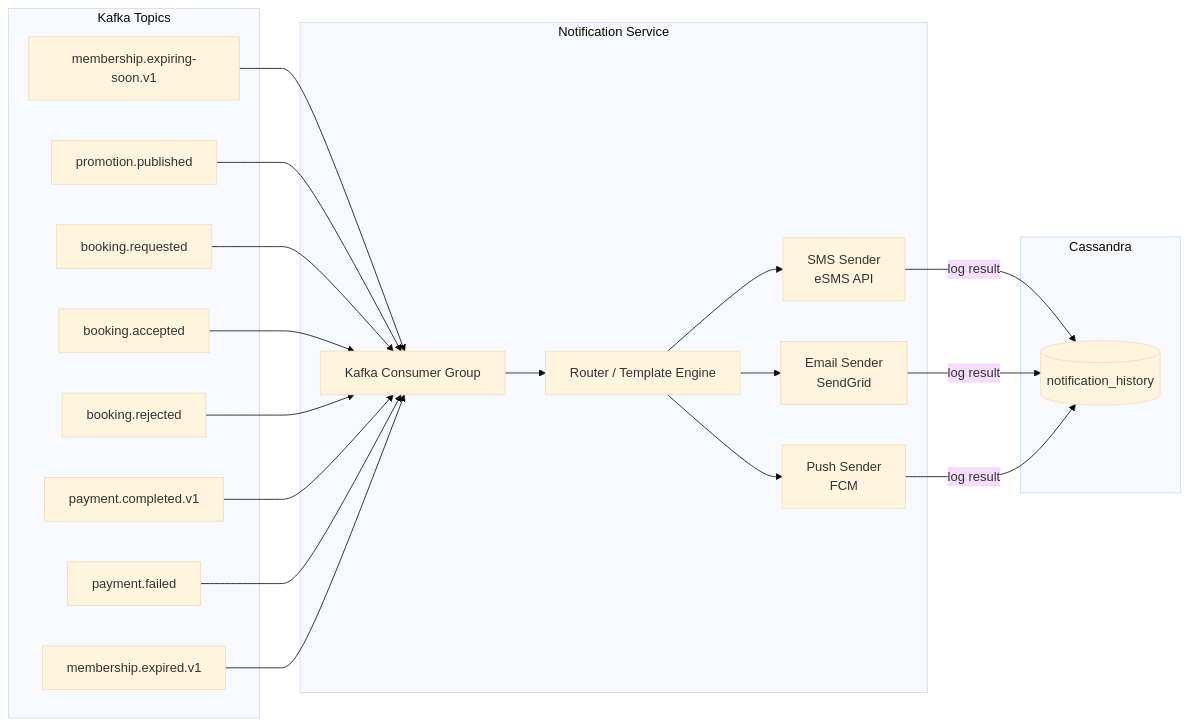
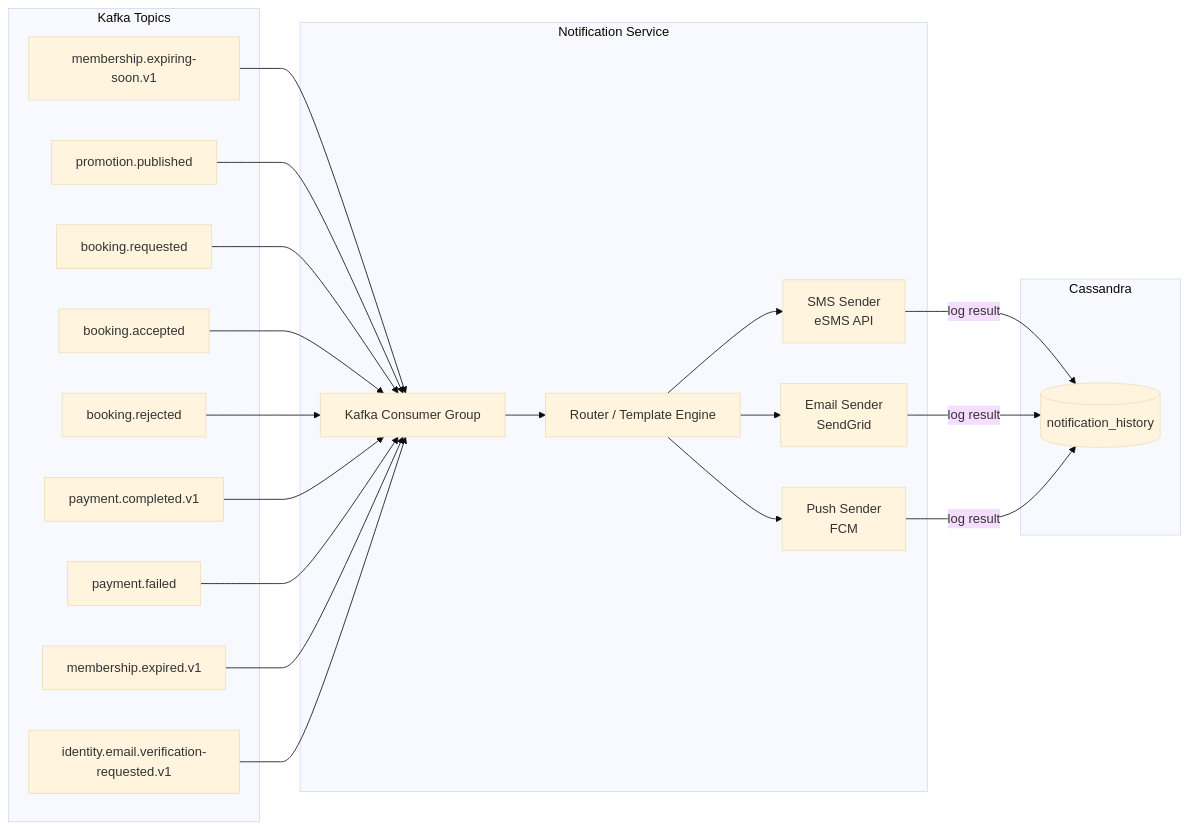
The first of 2 diagrams in services/07-ms-gym-notification.md (pploc/gym-architect), drawn with Mermaid (base theme) before and after one commit. The commit also changed other lines of this file and 1 other file, not shown here.

Commit message:
docs: document email verification event and Identifier flow

````diff
--- a/services/07-ms-gym-notification.md
+++ b/services/07-ms-gym-notification.md
@@ -18,31 +18,32 @@
 ```mermaid
 flowchart LR
     subgraph "Kafka Topics"
         E1[membership.expiring-soon.v1]
         E2[promotion.published]
         E3[booking.requested]
         E4[booking.accepted]
         E5[booking.rejected]
         E6[payment.completed.v1]
         E7[payment.failed]
         E8[membership.expired.v1]
+        E9[identity.email.verification-requested.v1]
     end
 
     subgraph "Notification Service"
         C[Kafka Consumer Group]
         R[Router / Template Engine]
         SMS[SMS Sender<br/>eSMS API]
         EMAIL[Email Sender<br/>SendGrid]
         PUSH[Push Sender<br/>FCM]
     end
 
-    E1 & E2 & E3 & E4 & E5 & E6 & E7 & E8 --> C
+    E1 & E2 & E3 & E4 & E5 & E6 & E7 & E8 & E9 --> C
     C --> R
     R --> SMS & EMAIL & PUSH
 
     subgraph "Cassandra"
         DB[(notification_history)]
     end
 
     SMS & EMAIL & PUSH -->|log result| DB
 ```
````
